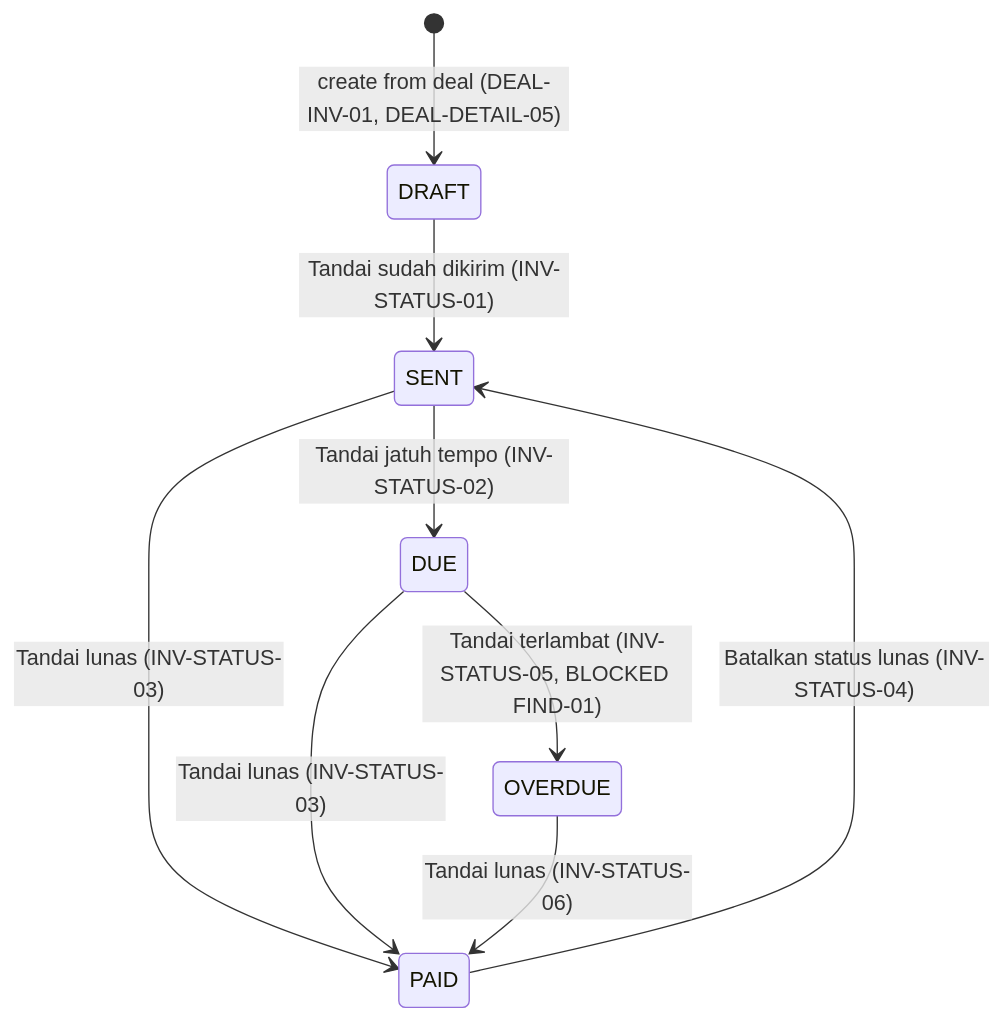
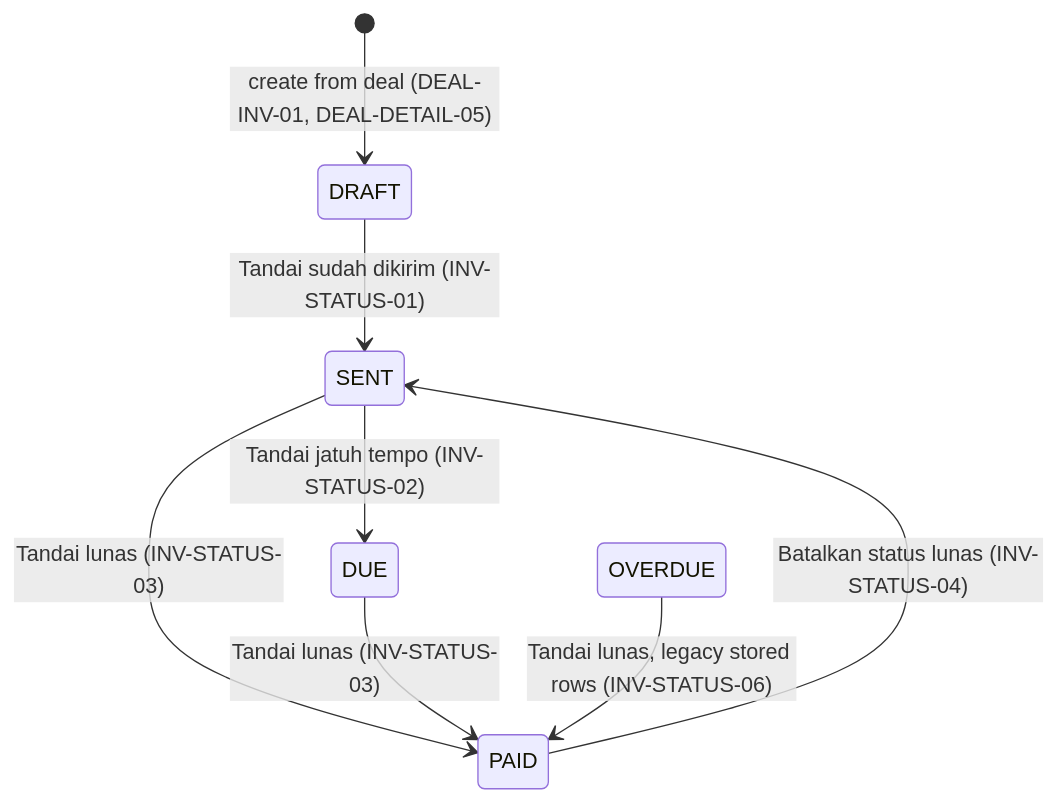
The first of 3 diagrams in docs/testing/JOURNEY-GRAPHS.md (crh/dibayar), drawn with Mermaid before and after one commit. The commit also changed other lines of this file and 6 other files, not shown here.

First line of the commit message:
docs(journeys): FIND-01 and FIND-06 fixed; INV-STATUS-05 re-inventoried as a removed action, its exception entry dropped

````diff
--- a/docs/testing/JOURNEY-GRAPHS.md
+++ b/docs/testing/JOURNEY-GRAPHS.md
@@ -19,11 +22,10 @@
 ```mermaid
 stateDiagram-v2
     [*] --> DRAFT: create from deal (DEAL-INV-01, DEAL-DETAIL-05)
     DRAFT --> SENT: Tandai sudah dikirim (INV-STATUS-01)
     SENT --> DUE: Tandai jatuh tempo (INV-STATUS-02)
     SENT --> PAID: Tandai lunas (INV-STATUS-03)
-    DUE --> OVERDUE: Tandai terlambat (INV-STATUS-05, BLOCKED FIND-01)
     DUE --> PAID: Tandai lunas (INV-STATUS-03)
-    OVERDUE --> PAID: Tandai lunas (INV-STATUS-06)
+    OVERDUE --> PAID: Tandai lunas, legacy stored rows (INV-STATUS-06)
     PAID --> SENT: Batalkan status lunas (INV-STATUS-04)
 ```
````
